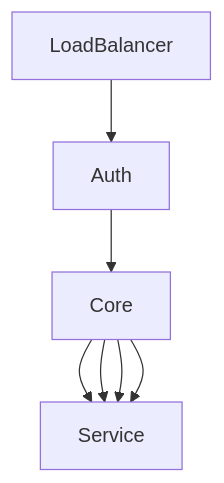
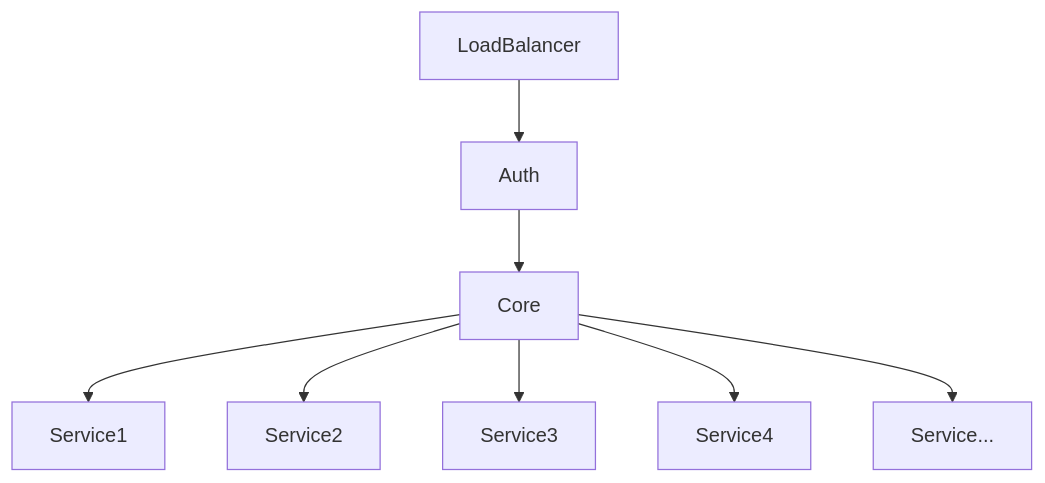
The diagram in README.md (dnlwrn01/dal-vpc-tf-ans-config), drawn with Mermaid before and after one commit.

Commit message:
update: readme

````diff
--- a/README.md
+++ b/README.md
@@ -4,5 +4,5 @@
 ``` mermaid
         graph TD
             LoadBalancer --> Auth --> Core
-            Core --> Service & Service & Service & Service
+            Core --> Service1 & Service2 & Service3 & Service4 & Service...
 ```
````
